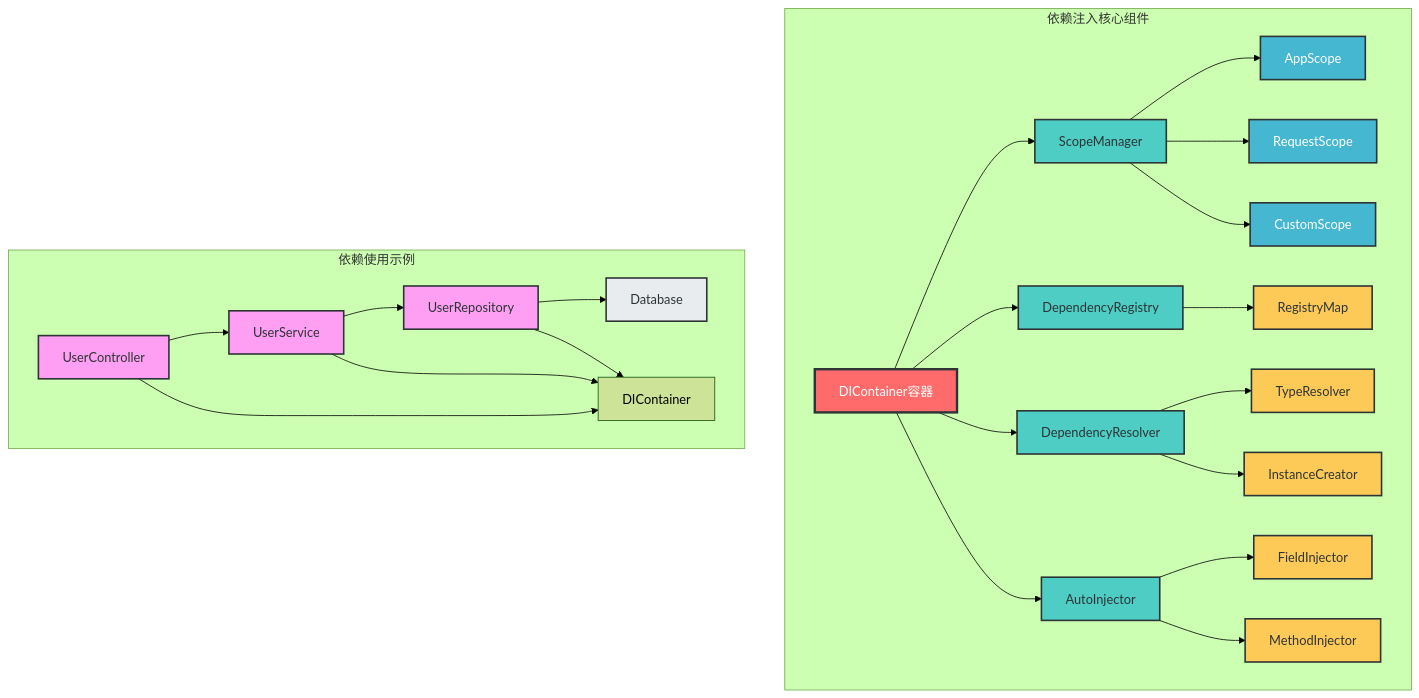
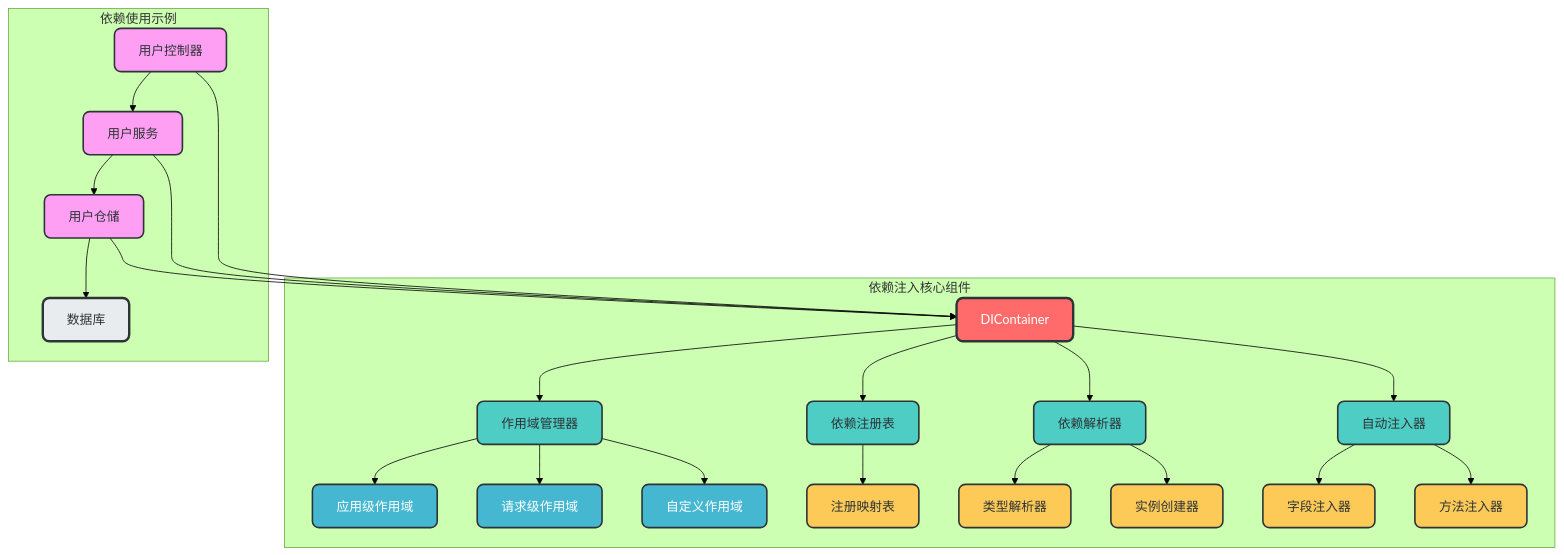
The second of 2 diagrams in docs/design/modules/依赖注入模块设计.md (amuqiao/fastapi-enterprise-framework-template), drawn with Mermaid (forest theme) before and after one commit. The commit also changed other lines of this file and 2 other files, not shown here.

Commit message:
更新异常处理模块设计

````diff
--- a/docs/design/modules/依赖注入模块设计.md
+++ b/docs/design/modules/依赖注入模块设计.md
@@ -83,49 +83,49 @@
 ```mermaid
 graph TD
     subgraph 依赖注入核心组件
-        DIContainer[DIContainer容器] --> ScopeManager[ScopeManager]
-        DIContainer --> DependencyRegistry[DependencyRegistry]
-        DIContainer --> DependencyResolver[DependencyResolver]
-        DIContainer --> AutoInjector[AutoInjector]
+        DIContainer[DIContainer容器] --> ScopeManager[作用域管理器]
+        DIContainer --> DependencyRegistry[依赖注册表]
+        DIContainer --> DependencyResolver[依赖解析器]
+        DIContainer --> AutoInjector[自动注入器]
         
-        ScopeManager --> AppScope[AppScope]
-        ScopeManager --> RequestScope[RequestScope]
-        ScopeManager --> CustomScope[CustomScope]
+        ScopeManager --> AppScope[应用级作用域]
+        ScopeManager --> RequestScope[请求级作用域]
+        ScopeManager --> CustomScope[自定义作用域]
         
-        DependencyRegistry --> RegistryMap[RegistryMap]
+        DependencyRegistry --> RegistryMap[注册映射表]
         
-        DependencyResolver --> TypeResolver[TypeResolver]
-        DependencyResolver --> InstanceCreator[InstanceCreator]
+        DependencyResolver --> TypeResolver[类型解析器]
+        DependencyResolver --> InstanceCreator[实例创建器]
         
-        AutoInjector --> FieldInjector[FieldInjector]
-        AutoInjector --> MethodInjector[MethodInjector]
+        AutoInjector --> FieldInjector[字段注入器]
+        AutoInjector --> MethodInjector[方法注入器]
     end
     
     subgraph 依赖使用示例
-        UserController[UserController] --> UserService[UserService]
-        UserService --> UserRepository[UserRepository]
-        UserRepository --> Database[Database]
+        UserController[用户控制器] --> UserService[用户服务]
+        UserService --> UserRepository[用户仓储]
+        UserRepository --> Database[数据库]
         
-        UserController --> DI[DIContainer]
-        UserService --> DI
-        UserRepository --> DI
+        UserController --> DIContainer[DIContainer]
+        UserService --> DIContainer
+        UserRepository --> DIContainer
     end
     
-    style DIContainer fill:#FF6B6B,stroke:#2D3436,stroke-width:3px,color:white
-    style ScopeManager fill:#4ECDC4,stroke:#2D3436,stroke-width:2px,color:#2D3436
-    style DependencyRegistry fill:#4ECDC4,stroke:#2D3436,stroke-width:2px,color:#2D3436
-    style DependencyResolver fill:#4ECDC4,stroke:#2D3436,stroke-width:2px,color:#2D3436
-    style AutoInjector fill:#4ECDC4,stroke:#2D3436,stroke-width:2px,color:#2D3436
-    style AppScope fill:#45B7D1,stroke:#2D3436,stroke-width:2px,color:white
-    style RequestScope fill:#45B7D1,stroke:#2D3436,stroke-width:2px,color:white
-    style CustomScope fill:#45B7D1,stroke:#2D3436,stroke-width:2px,color:white
-    style RegistryMap fill:#FECA57,stroke:#2D3436,stroke-width:2px,color:#2D3436
-    style TypeResolver fill:#FECA57,stroke:#2D3436,stroke-width:2px,color:#2D3436
-    style InstanceCreator fill:#FECA57,stroke:#2D3436,stroke-width:2px,color:#2D3436
-    style FieldInjector fill:#FECA57,stroke:#2D3436,stroke-width:2px,color:#2D3436
-    style MethodInjector fill:#FECA57,stroke:#2D3436,stroke-width:2px,color:#2D3436
-    style UserController fill:#FF9FF3,stroke:#2D3436,stroke-width:2px,color:#2D3436
-    style UserService fill:#FF9FF3,stroke:#2D3436,stroke-width:2px,color:#2D3436
-    style UserRepository fill:#FF9FF3,stroke:#2D3436,stroke-width:2px,color:#2D3436
-    style Database fill:#E9ECEF,stroke:#2D3436,stroke-width:2px,color:#2D3436
+    style DIContainer fill:#FF6B6B,stroke:#2D3436,stroke-width:3px,color:white,rx:8,ry:8
+    style ScopeManager fill:#4ECDC4,stroke:#2D3436,stroke-width:2px,color:#2D3436,rx:8,ry:8
+    style DependencyRegistry fill:#4ECDC4,stroke:#2D3436,stroke-width:2px,color:#2D3436,rx:8,ry:8
+    style DependencyResolver fill:#4ECDC4,stroke:#2D3436,stroke-width:2px,color:#2D3436,rx:8,ry:8
+    style AutoInjector fill:#4ECDC4,stroke:#2D3436,stroke-width:2px,color:#2D3436,rx:8,ry:8
+    style AppScope fill:#45B7D1,stroke:#2D3436,stroke-width:2px,color:white,rx:8,ry:8
+    style RequestScope fill:#45B7D1,stroke:#2D3436,stroke-width:2px,color:white,rx:8,ry:8
+    style CustomScope fill:#45B7D1,stroke:#2D3436,stroke-width:2px,color:white,rx:8,ry:8
+    style RegistryMap fill:#FECA57,stroke:#2D3436,stroke-width:2px,color:#2D3436,rx:8,ry:8
+    style TypeResolver fill:#FECA57,stroke:#2D3436,stroke-width:2px,color:#2D3436,rx:8,ry:8
+    style InstanceCreator fill:#FECA57,stroke:#2D3436,stroke-width:2px,color:#2D3436,rx:8,ry:8
+    style FieldInjector fill:#FECA57,stroke:#2D3436,stroke-width:2px,color:#2D3436,rx:8,ry:8
+    style MethodInjector fill:#FECA57,stroke:#2D3436,stroke-width:2px,color:#2D3436,rx:8,ry:8
+    style UserController fill:#FF9FF3,stroke:#2D3436,stroke-width:2px,color:#2D3436,rx:8,ry:8
+    style UserService fill:#FF9FF3,stroke:#2D3436,stroke-width:2px,color:#2D3436,rx:8,ry:8
+    style UserRepository fill:#FF9FF3,stroke:#2D3436,stroke-width:2px,color:#2D3436,rx:8,ry:8
+    style Database fill:#E9ECEF,stroke:#2D3436,stroke-width:3px,color:#2D3436,rx:8,ry:8
 ```
````
